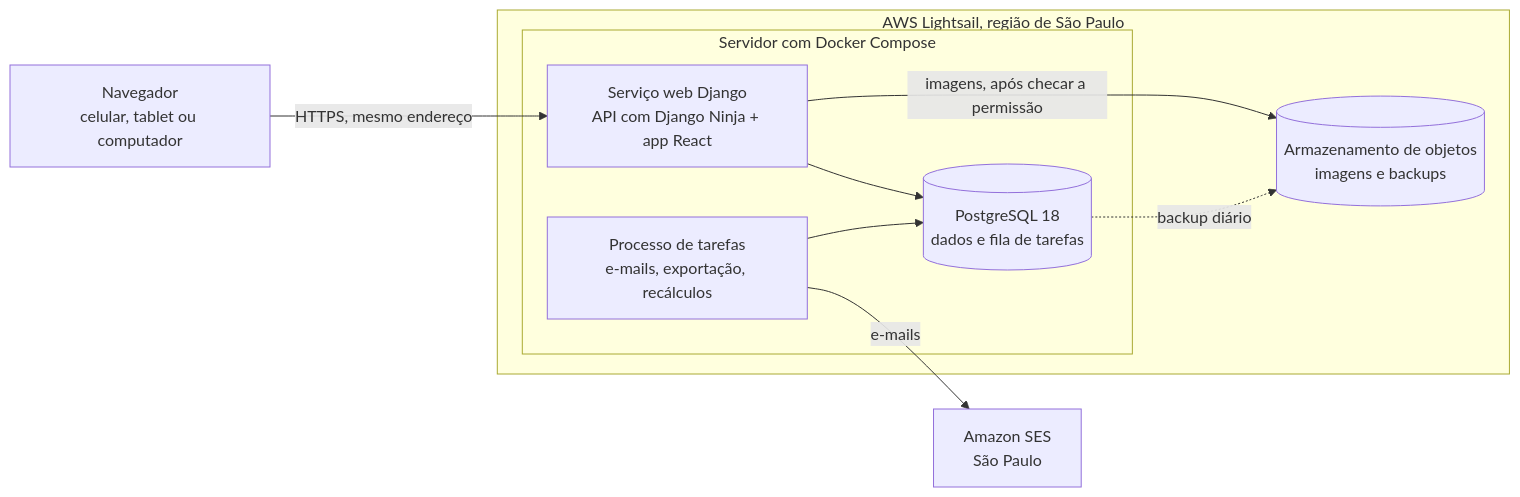
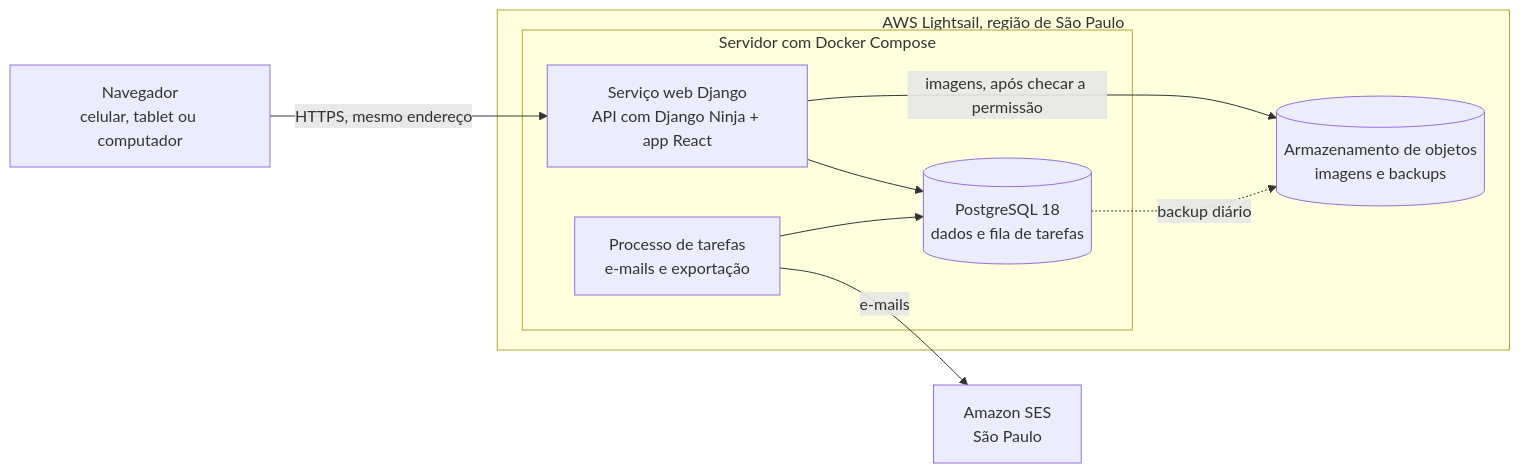
The diagram in README.md (JoaoPauloBernardo/MedTeca), drawn with Mermaid before and after one commit. The commit also changed other lines of this file and 4 other files, not shown here.

````diff
--- a/README.md
+++ b/README.md
@@ -101,19 +101,19 @@
 ```mermaid
 flowchart LR
     U["Navegador<br/>celular, tablet ou computador"] -->|HTTPS, mesmo endereço| S
 
     subgraph AWS["AWS Lightsail, região de São Paulo"]
         subgraph SRV["Servidor com Docker Compose"]
             S["Serviço web Django<br/>API com Django Ninja + app React"]
-            W["Processo de tarefas<br/>e-mails, exportação, recálculos"]
+            W["Processo de tarefas<br/>e-mails e exportação"]
             DB[("PostgreSQL 18<br/>dados e fila de tarefas")]
         end
         OS[("Armazenamento de objetos<br/>imagens e backups")]
     end
 
     S --> DB
     W --> DB
     S -->|imagens, após checar a permissão| OS
     W -->|e-mails| SES["Amazon SES<br/>São Paulo"]
     DB -. backup diário .-> OS
 ```
````
